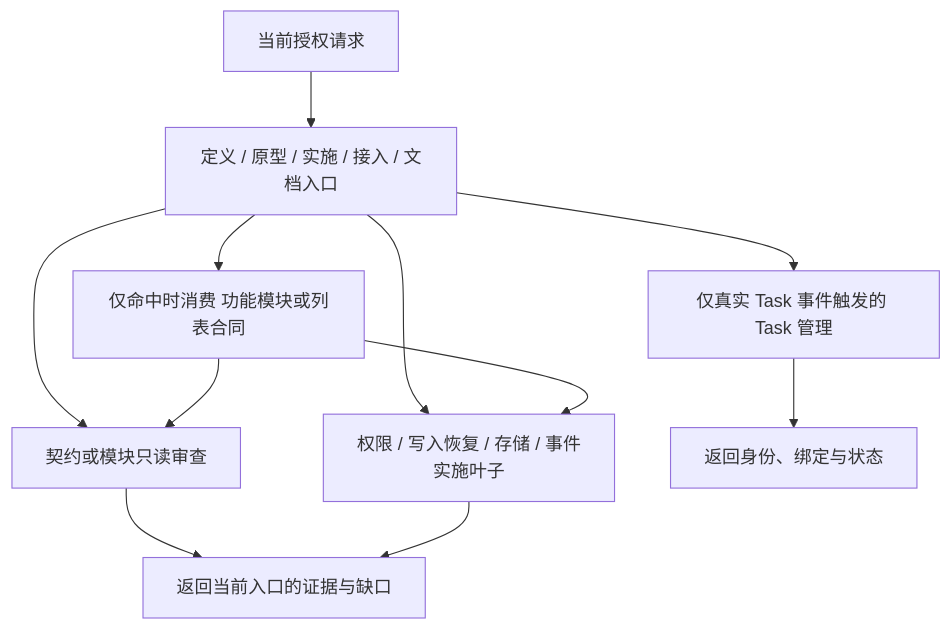
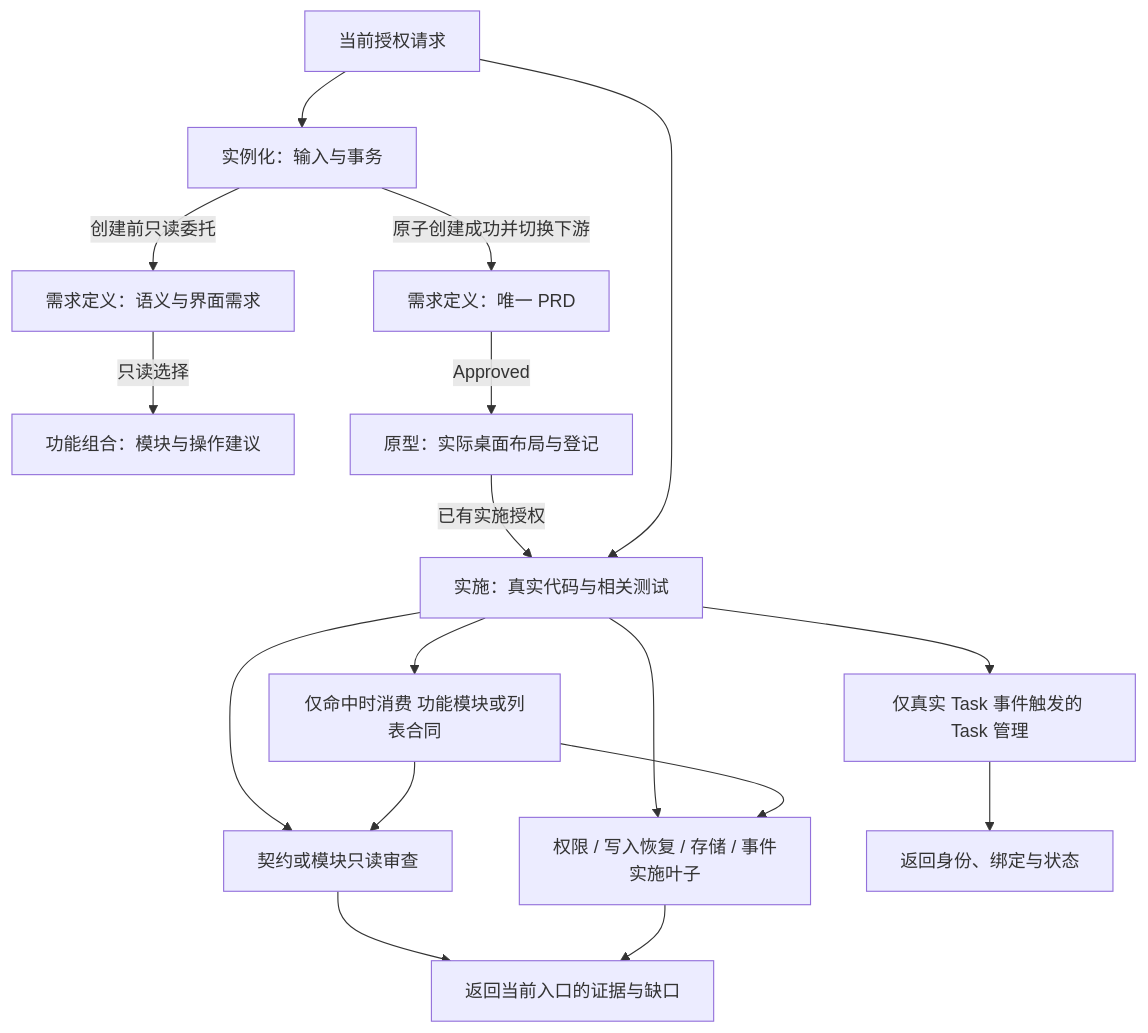
One commit to BFTools366/bifang-web-extension-harness-template changed the diagram in docs/harness_engineering/skill_composition.md. Above: the diagram before and after it, drawn with Mermaid. The commit also changed other lines of this file and 58 other files, not shown here.

````diff
--- a/docs/harness_engineering/skill_composition.md
+++ b/docs/harness_engineering/skill_composition.md
@@ -41,13 +55,19 @@
 ```mermaid
 flowchart TD
-  request[当前授权请求] --> entry[定义 / 原型 / 实施 / 接入 / 文档入口]
+  request[当前授权请求] --> create[实例化：输入与事务]
+  create -->|创建前只读委托| analysis[需求定义：语义与界面需求]
+  analysis -->|只读选择| selection[功能组合：模块与操作建议]
+  create -->|原子创建成功并切换下游| define[需求定义：唯一 PRD]
+  define -->|Approved| prototype[原型：实际桌面布局与登记]
+  prototype -->|已有实施授权| entry[实施：真实代码与相关测试]
+  request --> entry
   entry --> domain[仅命中时消费 功能模块或列表合同]
   entry --> review[契约或模块只读审查]
   domain --> review
   entry --> leaf[权限 / 写入恢复 / 存储 / 事件实施叶子]
   domain --> leaf
   review --> evidence[返回当前入口的证据与缺口]
   leaf --> evidence
   entry --> task[仅真实 Task 事件触发的 Task 管理]
   task --> identity[返回身份、绑定与状态]
 ```
````
